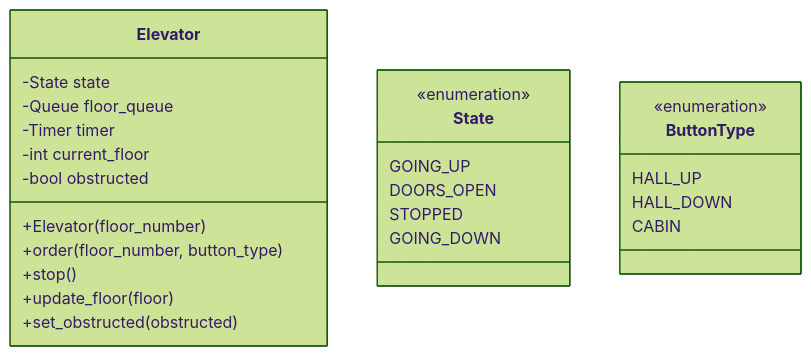
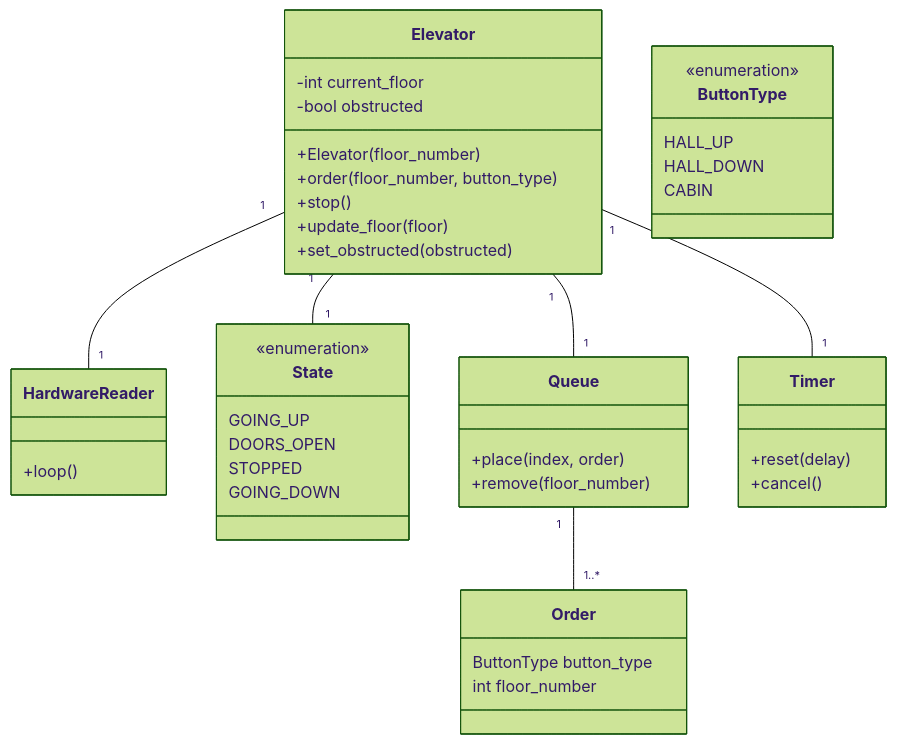
One commit to Emil1483/TTK4235-heis changed the first of 4 diagrams in docs/README.md. Above: the diagram before and after it, drawn with Mermaid (forest theme).

Commit message:
Update classDiagram

````diff
--- a/docs/README.md
+++ b/docs/README.md
@@ -9,31 +9,53 @@
 ```mermaid
 classDiagram
+    Elevator "1" -- "1" HardwareReader
+    Elevator "1" -- "1" State
+    Elevator "1" -- "1" Queue
+    Elevator "1" -- "1" Timer
+    Queue "1" -- "1..*" Order
+
     class Elevator {
-        -State state
-        -Queue floor_queue
-        -Timer timer
         -int current_floor
         -bool obstructed
 
         +Elevator(floor_number)
         +order(floor_number, button_type)
         +stop()
         +update_floor(floor)
         +set_obstructed(obstructed)
+    }
+
+    class Timer {
+        +reset(delay)
+        +cancel()
+    }
+
+    class Queue {
+        +place(index, order)
+        +remove(floor_number)
+    }
+
+    class Order {
+        ButtonType button_type
+        int floor_number
     }
 
     class State {
         <<enumeration>>
         GOING_UP
         DOORS_OPEN
         STOPPED
         GOING_DOWN
     }
 
     class ButtonType {
         <<enumeration>>
         HALL_UP
         HALL_DOWN
         CABIN
     }
+
+    class HardwareReader {
+        +loop()
+    }
 ```
````
